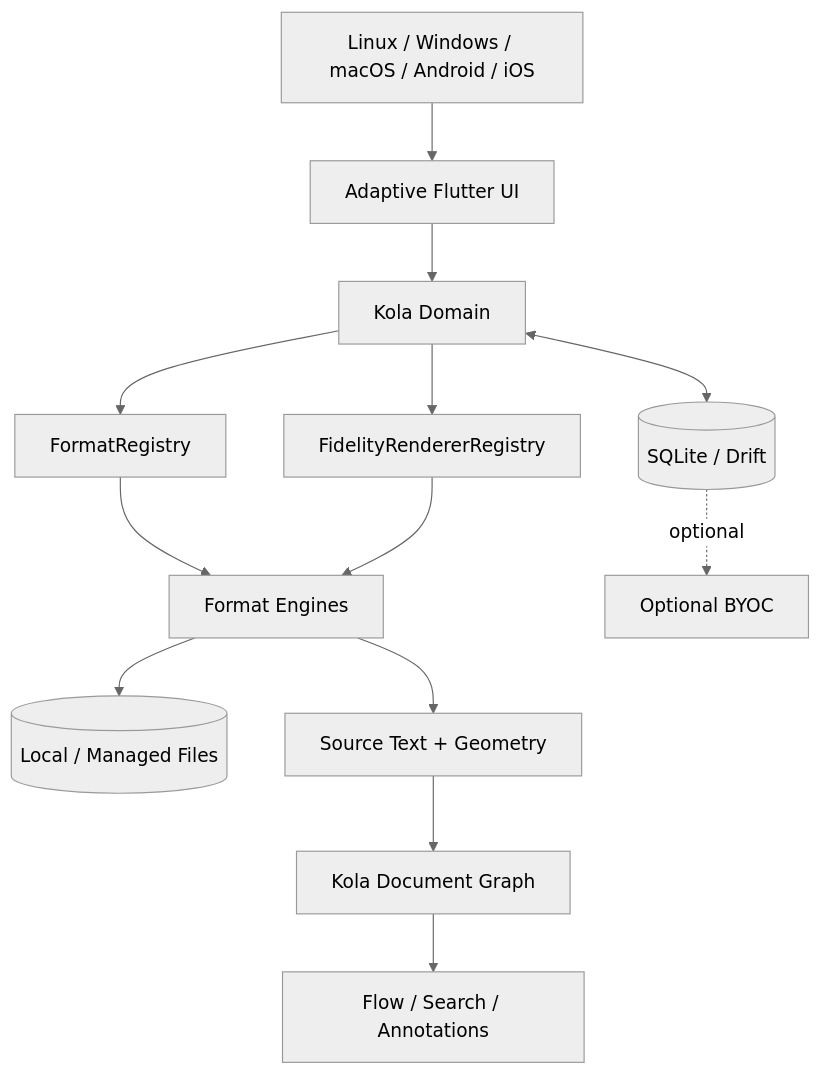
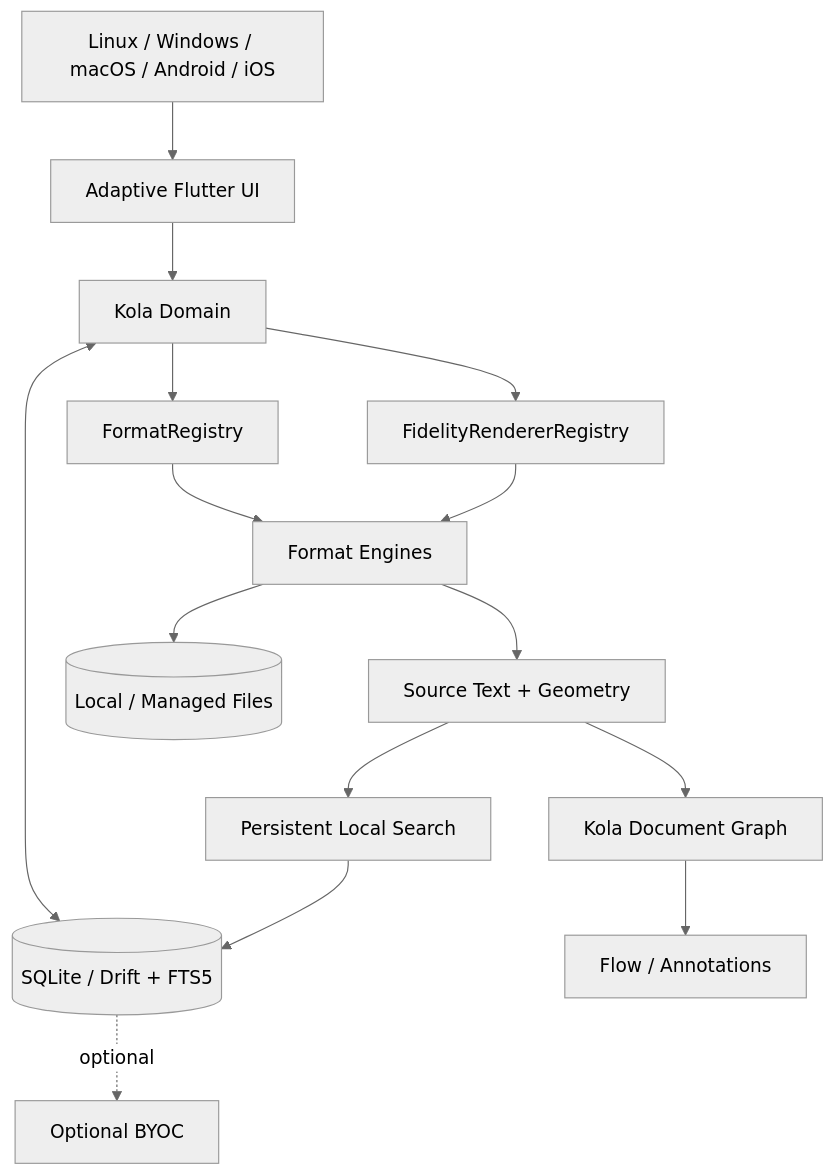
The first of 13 diagrams in docs/PROJECT_GRAPH.md (aaditya140103/kola), drawn with Mermaid (neutral theme) before and after one commit. The commit also changed other lines of this file, not shown here.

Commit message:
Add persistent local search data flow

````diff
--- a/docs/PROJECT_GRAPH.md
+++ b/docs/PROJECT_GRAPH.md
@@ -7,22 +7,24 @@
 ```mermaid
 flowchart TD
     OS[Linux / Windows / macOS / Android / iOS]
     UI[Adaptive Flutter UI]
     Domain[Kola Domain]
-    DB[(SQLite / Drift)]
+    DB[(SQLite / Drift + FTS5)]
     Files[(Local / Managed Files)]
     Format[FormatRegistry]
     Fidelity[FidelityRendererRegistry]
     Engines[Format Engines]
     Text[Source Text + Geometry]
+    Search[Persistent Local Search]
     KDG[Kola Document Graph]
-    Flow[Flow / Search / Annotations]
+    Flow[Flow / Annotations]
     Sync[Optional BYOC]
 
     OS --> UI --> Domain
     Domain <--> DB
     Domain --> Format --> Engines --> Files
     Domain --> Fidelity --> Engines
-    Engines --> Text --> KDG --> Flow
+    Engines --> Text --> Search --> DB
+    Text --> KDG --> Flow
     DB -. optional .-> Sync
 ```
````
